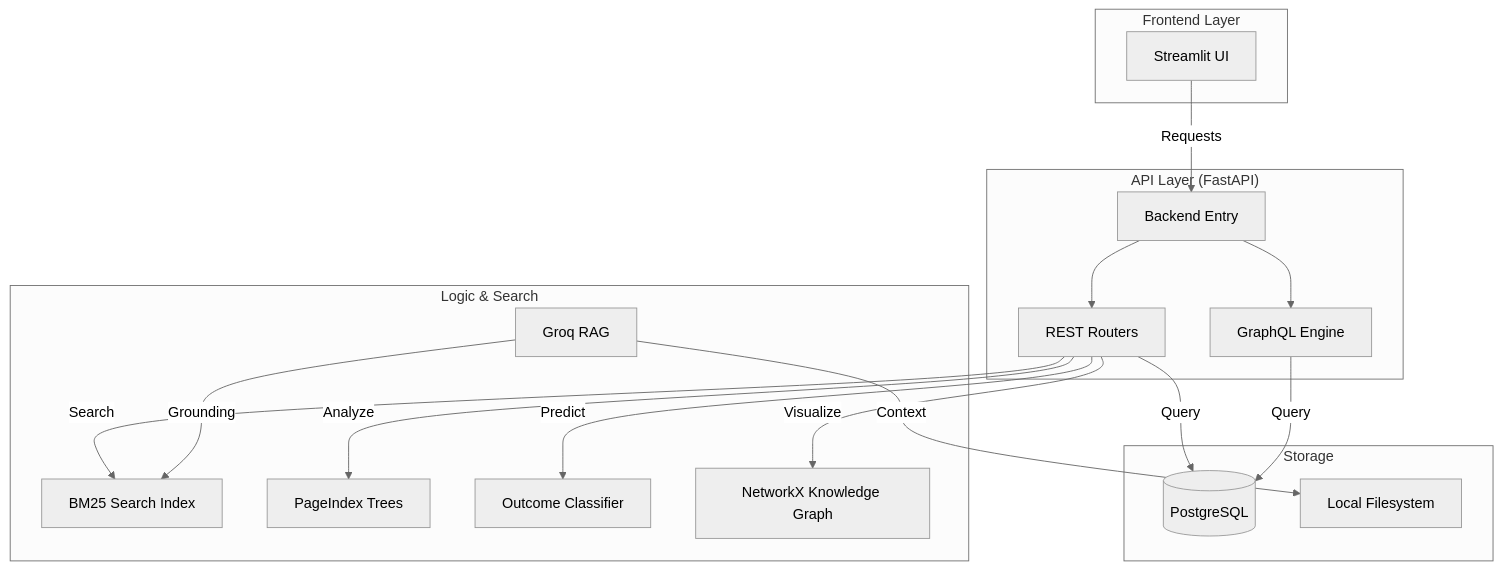
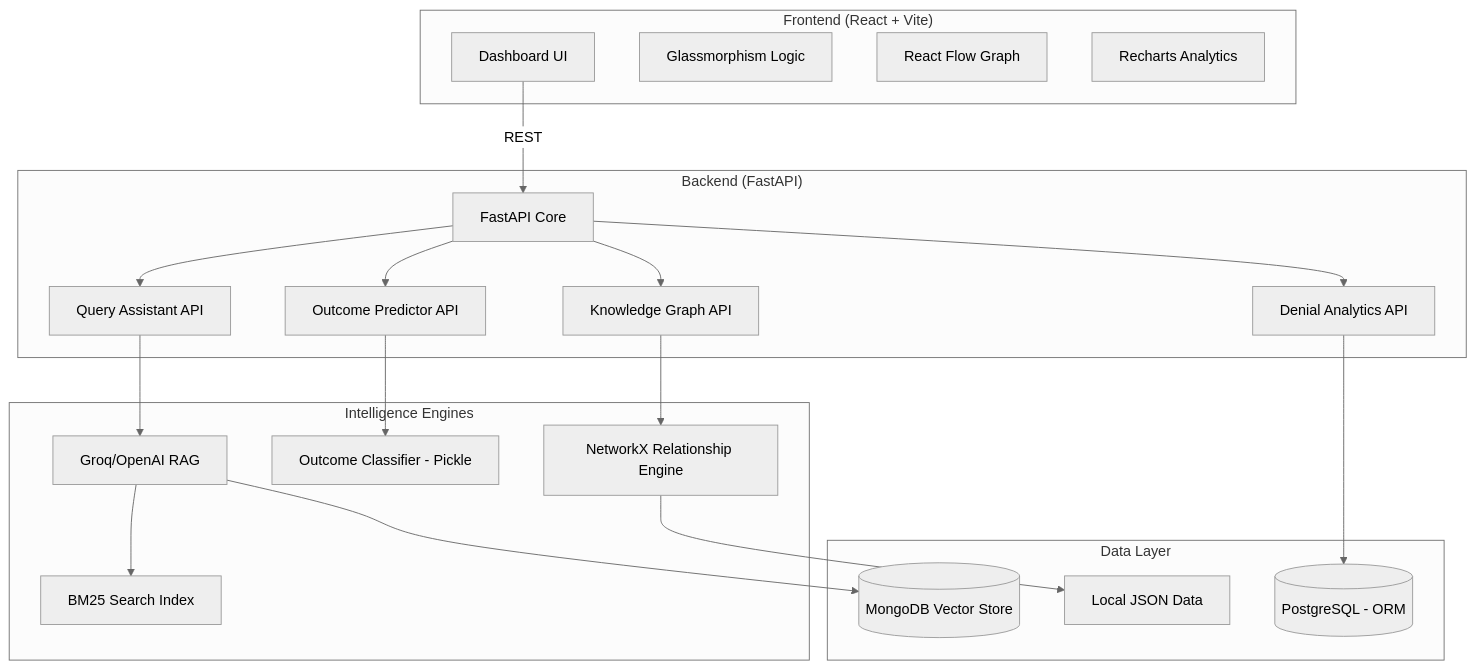
One commit to MohitSahoo/RTI_Lens changed the diagram in README.md. Above: the diagram before and after it, drawn with Mermaid (neutral theme). The commit also changed other lines of this file and 120 other files, not shown here.

Commit message:
feat: Integrate React dashboard with AI Outcome Predictor and Knowledge Graph

````diff
--- a/README.md
+++ b/README.md
@@ -9,37 +9,42 @@
 ```mermaid
 graph TD
-    subgraph "Frontend Layer"
-        ST[Streamlit UI]
+    subgraph "Frontend (React + Vite)"
+        UI[Dashboard UI]
+        GL[Glassmorphism Logic]
+        RF[React Flow Graph]
+        RC[Recharts Analytics]
     end
 
-    subgraph "API Layer (FastAPI)"
-        BE[Backend Entry]
-        REST[REST Routers]
-        GQL[GraphQL Engine]
-        BE --> REST
-        BE --> GQL
+    subgraph "Backend (FastAPI)"
+        BE[FastAPI Core]
+        API_Q[Query Assistant API]
+        API_P[Outcome Predictor API]
+        API_G[Knowledge Graph API]
+        API_A[Denial Analytics API]
     end
 
-    subgraph "Logic & Search"
-        RAG[Groq RAG]
+    subgraph "Intelligence Engines"
+        RAG[Groq/OpenAI RAG]
+        ML[Outcome Classifier - Pickle]
         BM25[BM25 Search Index]
-        PI[PageIndex Trees]
-        ML[Outcome Classifier]
-        KG[NetworkX Knowledge Graph]
+        KG[NetworkX Relationship Engine]
     end
 
-    subgraph "Storage"
-        PG[(PostgreSQL)]
-        FS[Local Filesystem]
+    subgraph "Data Layer"
+        PG[(PostgreSQL - ORM)]
+        MV[(MongoDB Vector Store)]
+        FS[Local JSON Data]
     end
 
-    ST -- Requests --> BE
-    REST -- Query --> PG
-    GQL -- Query --> PG
-    REST -- Search --> BM25
-    REST -- Analyze --> PI
-    REST -- Predict --> ML
-    REST -- Visualize --> KG
-    RAG -- Grounding --> BM25
-    RAG -- Context --> FS
+    UI -- REST --> BE
+    BE --> API_Q & API_P & API_G & API_A
+    
+    API_Q --> RAG
+    RAG --> BM25 & MV
+    
+    API_P --> ML
+    API_G --> KG
+    KG --> FS
+    
+    API_A --> PG
 ```
````
